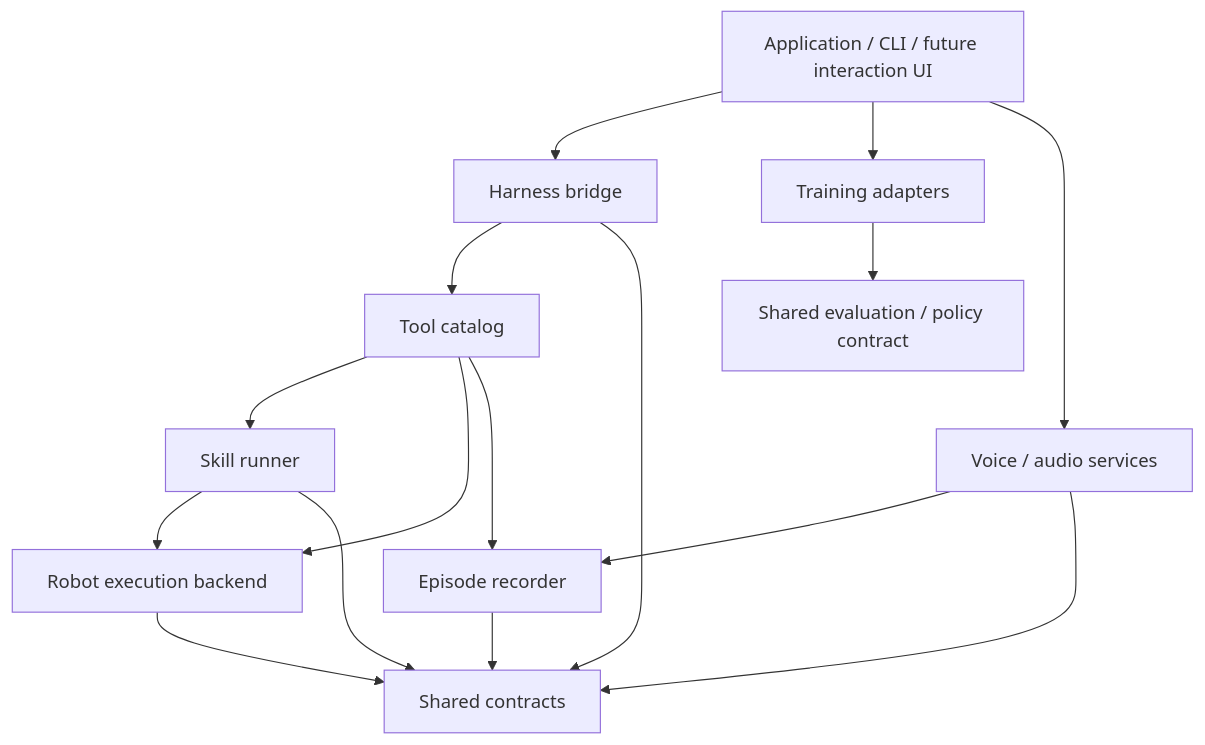
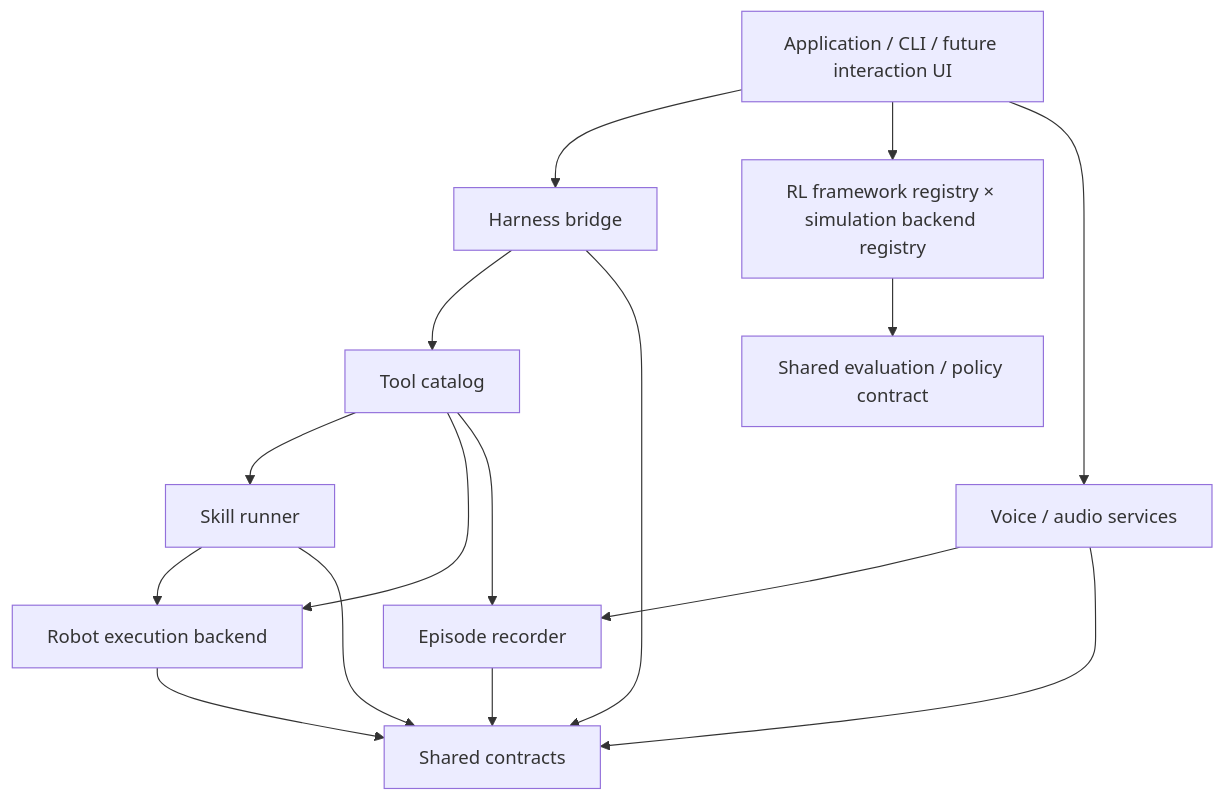
The diagram in docs/architecture.md (jixinyan/Oh-My-Duck), drawn with Mermaid before and after one commit. The commit also changed other lines of this file and 18 other files, not shown here.

Commit message:
feat: separate RL framework selection and add optional Isaac SB3 training

````diff
--- a/docs/architecture.md
+++ b/docs/architecture.md
@@ -7,18 +7,18 @@
 ```mermaid
 flowchart TB
   CLI["Application / CLI / future interaction UI"] --> Bridge["Harness bridge"]
-  CLI --> Train["Training adapters"]
+  CLI --> Train["RL framework registry × simulation backend registry"]
   Bridge --> Tools["Tool catalog"]
   Tools --> Skills["Skill runner"]
   Skills --> Backend["Robot execution backend"]
   Tools --> Backend
   CLI --> Voice["Voice / audio services"]
   Voice --> Recorder["Episode recorder"]
   Tools --> Recorder
   Backend --> Contracts["Shared contracts"]
   Skills --> Contracts
   Bridge --> Contracts
   Recorder --> Contracts
   Voice --> Contracts
   Train --> Protocol["Shared evaluation / policy contract"]
 ```
````
